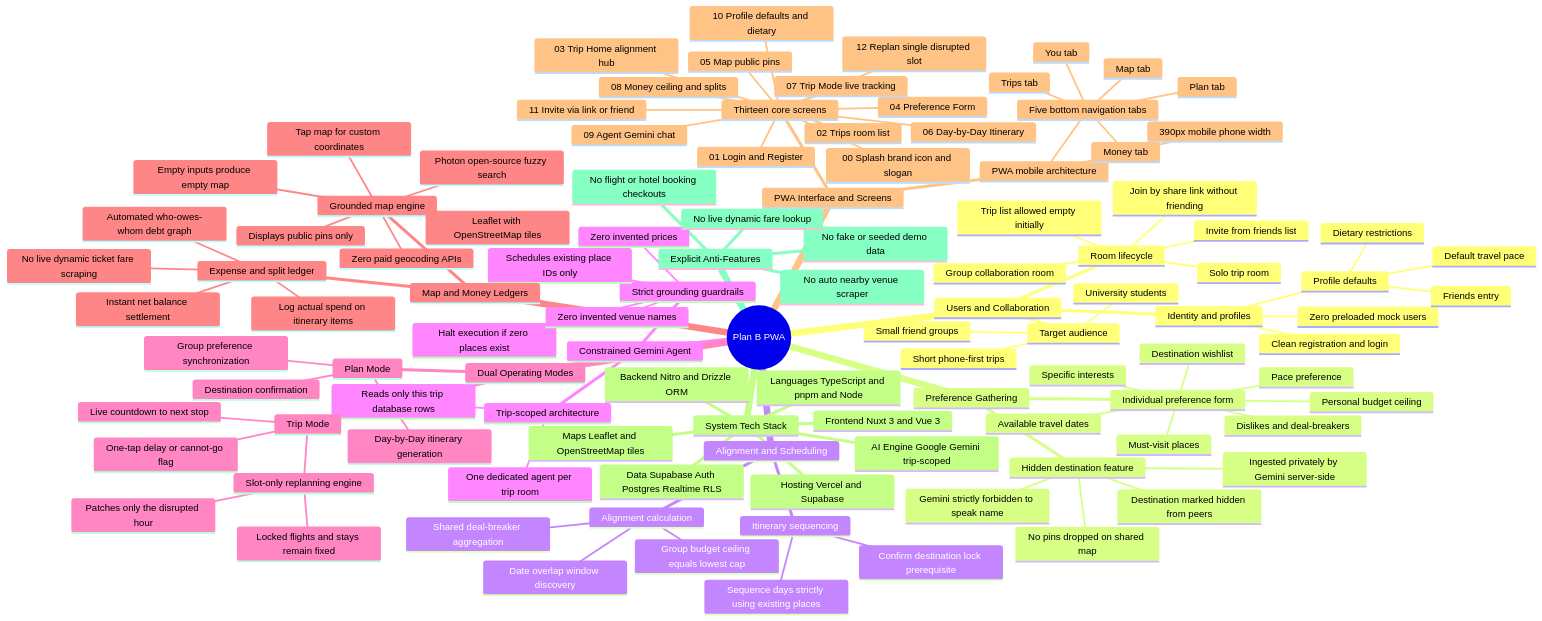
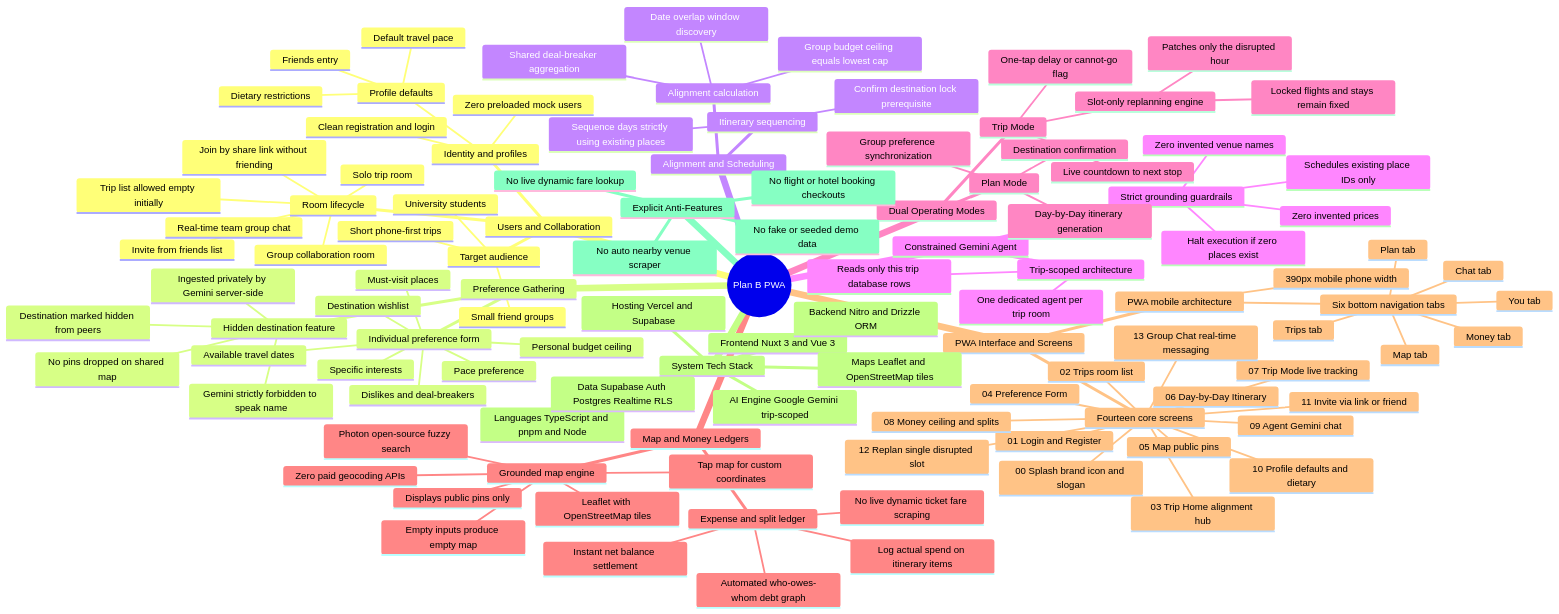
Before and after one commit to nlzce/We-are-the-champions_Plan-B: the seventh of 7 diagrams in docs/ideation.md, drawn with Mermaid. The commit also changed other lines of this file and 2 other files, not shown here.

Commit message:
feat: add real-time team group chat and 6-tab PWA navigation across all documentation

```diff
--- a/docs/ideation.md
+++ b/docs/ideation.md
@@ -314,6 +318,7 @@
       Room lifecycle
         Solo trip room
         Group collaboration room
+        Real-time team group chat
         Join by share link without friending
         Invite from friends list
         Trip list allowed empty initially
@@ -382,13 +387,14 @@
     PWA Interface and Screens
       PWA mobile architecture
         390px mobile phone width
-        Five bottom navigation tabs
+        Six bottom navigation tabs
           Trips tab
           Map tab
           Plan tab
           Money tab
           You tab
-      Thirteen core screens
+          Chat tab
+      Fourteen core screens
         00 Splash brand icon and slogan
         01 Login and Register
         02 Trips room list
@@ -402,6 +408,7 @@
         10 Profile defaults and dietary
         11 Invite via link or friend
         12 Replan single disrupted slot
+        13 Group Chat real-time messaging
     System Tech Stack
       Frontend Nuxt 3 and Vue 3
       Backend Nitro and Drizzle ORM
```
